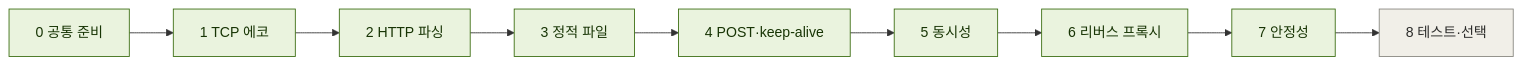
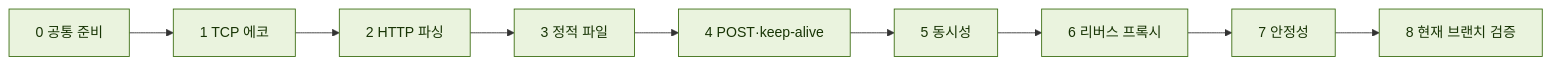
The diagram in docs/progress.md (hnjee/mini-webserver), drawn with Mermaid before and after one commit. The commit also changed other lines of this file and 19 other files, not shown here.

````diff
--- a/docs/progress.md
+++ b/docs/progress.md
@@ -7,14 +7,14 @@
 ```mermaid
 flowchart LR
     S0["0 공통 준비"] --> S1["1 TCP 에코"] --> S2["2 HTTP 파싱"] --> S3["3 정적 파일"] --> S4["4 POST·keep-alive"]
-    S4 --> S5["5 동시성"] --> S6["6 리버스 프록시"] --> S7["7 안정성"] --> S8["8 테스트·선택"]
+    S4 --> S5["5 동시성"] --> S6["6 리버스 프록시"] --> S7["7 안정성"] --> S8["8 현재 브랜치 검증"]
 
     classDef todo fill:#F1EFE8,stroke:#888780,color:#2C2C2A
     classDef doing fill:#E6F1FB,stroke:#185FA5,color:#042C53
     classDef done fill:#EAF3DE,stroke:#3B6D11,color:#173404
     classDef blocked fill:#FCEBEB,stroke:#A32D2D,color:#501313
     class S0,S1,S2,S3 done
     class S4,S5,S6 done
     class S7 done
-    class S8 todo
+    class S8 done
 ```
````
